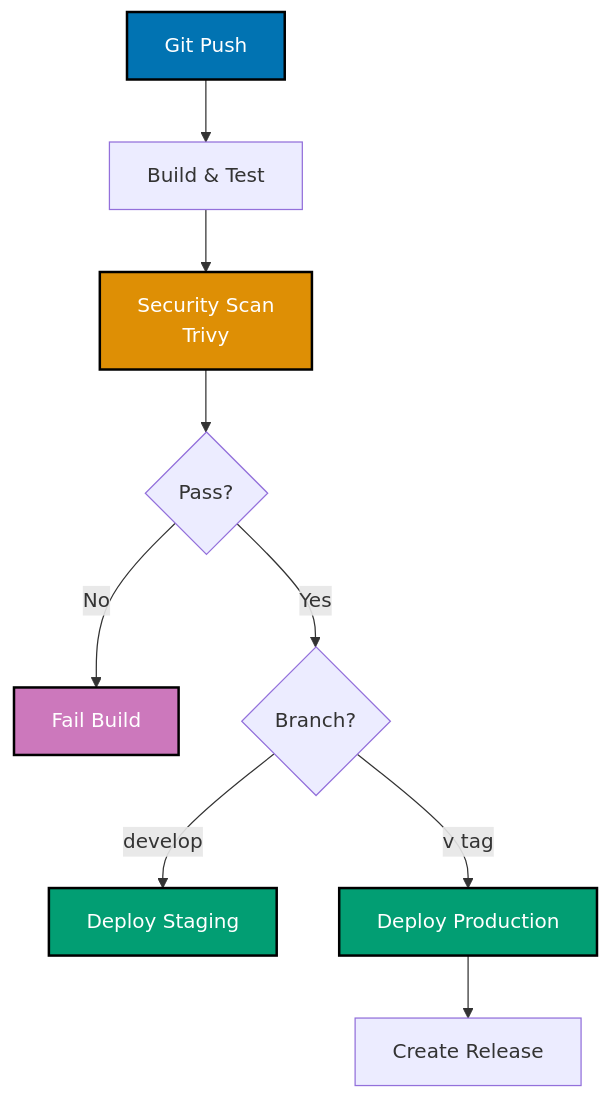
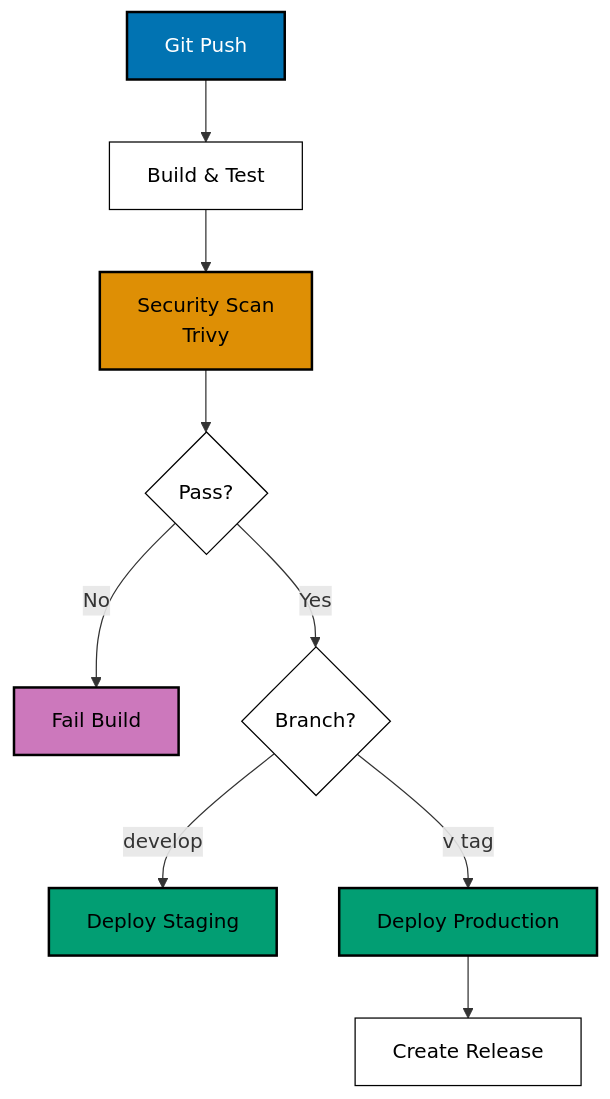
Before and after one commit to wahidyankf/ose-public: the sixth of 14 diagrams in apps/ayokoding-www/content/en/learn/legacy/software-engineering/infrastructure/tools/docker/by-example/advanced.md, drawn with Mermaid. The commit also changed other lines of this file and 131 other files, not shown here.

First line of the commit message:
fix(mermaid): bring the legacy data, infrastructure, and testing diagrams onto the accessible palette

````diff
--- a/apps/ayokoding-www/content/en/learn/legacy/software-engineering/infrastructure/tools/docker/by-example/advanced.md
+++ b/apps/ayokoding-www/content/en/learn/legacy/software-engineering/infrastructure/tools/docker/by-example/advanced.md
@@ -1793,19 +1825,26 @@
 ```mermaid
 %% Color Palette: Blue #0173B2, Orange #DE8F05, Teal #029E73, Purple #CC78BC, Brown #CA9161
 %% CI/CD workflow
 graph TD
+ accTitle: Example 65: CI/CD with GitHub Actions
+ accDescr: Graph with 10 nodes and 9 connections. Nodes: Git Push, B, Test, Security Scan Trivy, Pass?, Fail Build, Branch?, Deploy Staging, Deploy Production, Create Release. Connections: Git Push to B, Git Push to Test, B to Security Scan Trivy, Security Scan Trivy to Pass?, Pass? to Fail Build (No), Pass? to Branch? (Yes), Branch? to Deploy Staging (develop), Branch? to Deploy Production (v tag), Deploy Production to Create Release.
  A["Git Push"] --> B["Build & Test"]
  B --> C["Security Scan<br/>Trivy"]
  C --> D{Pass?}
  D -->|No| E["Fail Build"]
  D -->|Yes| F{Branch?}
  F -->|develop| G["Deploy Staging"]
  F -->|v tag| H["Deploy Production"]
  H --> I["Create Release"]
 
- style A fill:#0173B2,stroke:#000000,stroke-width:2px,color:#fff
- style C fill:#DE8F05,stroke:#000000,stroke-width:2px,color:#fff
- style E fill:#CC78BC,stroke:#000000,stroke-width:2px,color:#fff
- style G fill:#029E73,stroke:#000000,stroke-width:2px,color:#fff
- style H fill:#029E73,stroke:#000000,stroke-width:2px,color:#fff
+ classDef pal-0173B2 fill:#0173B2,stroke:#000000,color:#FFFFFF,stroke-width:2px
+ class A pal-0173B2
+ classDef pal-DE8F05 fill:#DE8F05,stroke:#000000,color:#000000,stroke-width:2px
+ class C pal-DE8F05
+ classDef pal-CC78BC fill:#CC78BC,stroke:#000000,color:#000000,stroke-width:2px
+ class E pal-CC78BC
+ classDef pal-029E73 fill:#029E73,stroke:#000000,color:#000000,stroke-width:2px
+ class G pal-029E73
+ class H pal-029E73
+ classDef default fill:#FFFFFF,stroke:#000000,color:#000000
 ```
````
